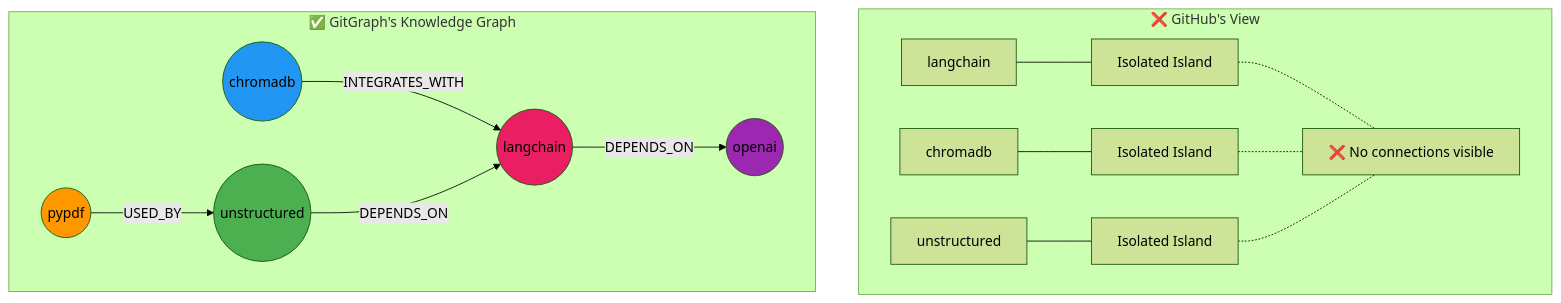
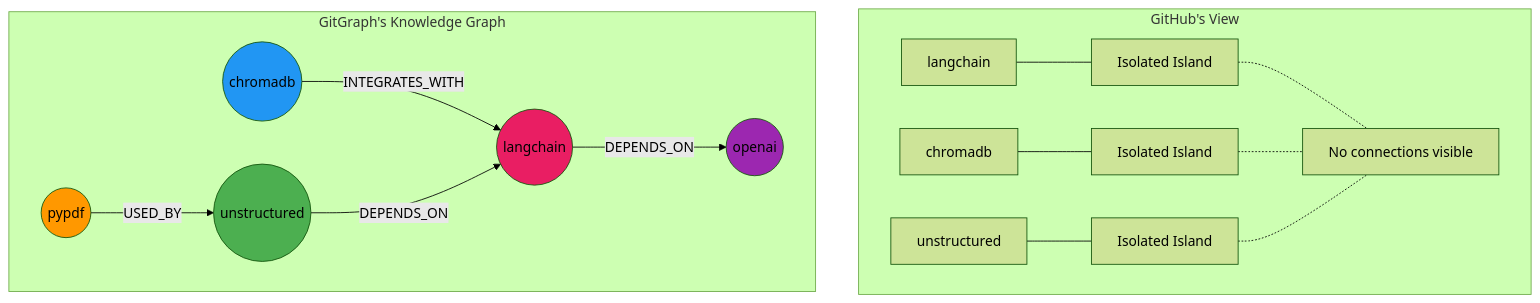
Before and after one commit to Ramakrishna1967/GitGraph: the fifth of 22 diagrams in ARCHITECTURE.md, drawn with Mermaid (forest theme). The commit also changed other lines of this file, not shown here.

````diff
--- a/ARCHITECTURE.md
+++ b/ARCHITECTURE.md
@@ -142,30 +142,30 @@
 ```mermaid
 flowchart TB
-    subgraph "❌ GitHub's View"
+    subgraph " GitHub's View"
         R1[langchain] --- ISLAND1["Isolated Island"]
         R2[chromadb] --- ISLAND2["Isolated Island"]
         R3[unstructured] --- ISLAND3["Isolated Island"]
-        ISLAND1 -.- NO["❌ No connections visible"]
+        ISLAND1 -.- NO[" No connections visible"]
         ISLAND2 -.- NO
         ISLAND3 -.- NO
     end
     
-    subgraph "✅ GitGraph's Knowledge Graph"
+    subgraph " GitGraph's Knowledge Graph"
         LC((langchain))
         CH((chromadb))
         UN((unstructured))
         PP((pypdf))
         OA((openai))
         
         CH -->|INTEGRATES_WITH| LC
         UN -->|DEPENDS_ON| LC
         PP -->|USED_BY| UN
         LC -->|DEPENDS_ON| OA
         
         style LC fill:#e91e63
         style CH fill:#2196f3
         style UN fill:#4caf50
         style PP fill:#ff9800
         style OA fill:#9c27b0
     end
 ```
````
